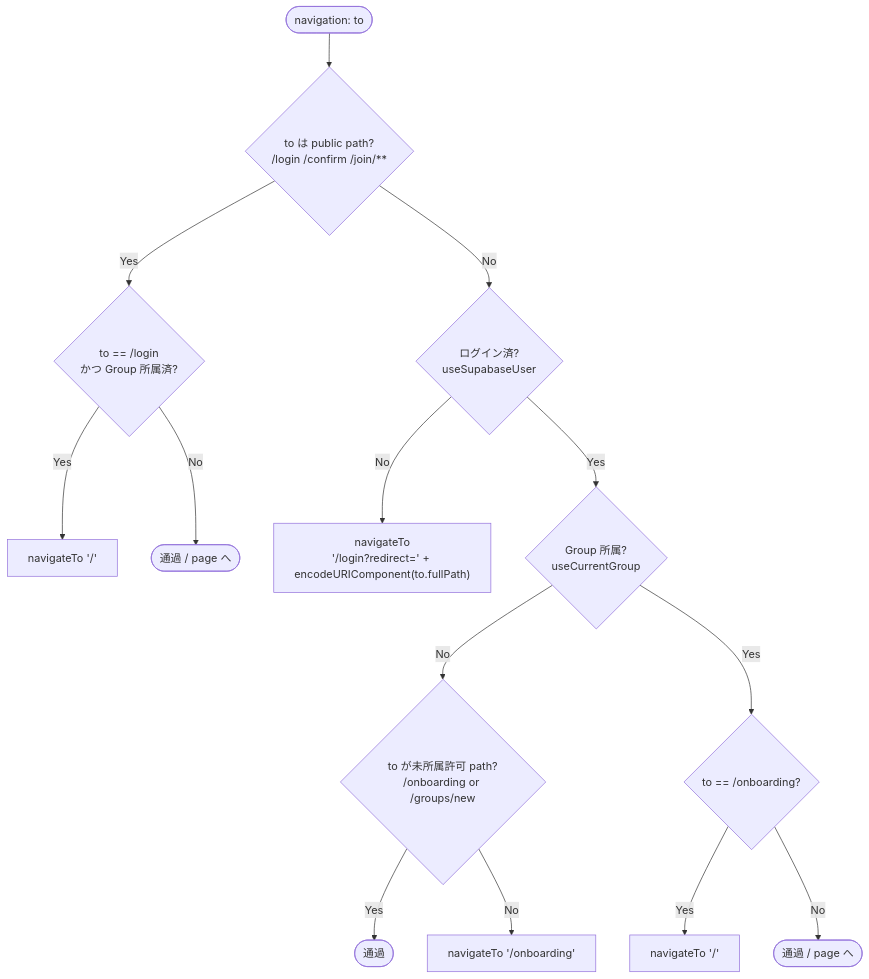
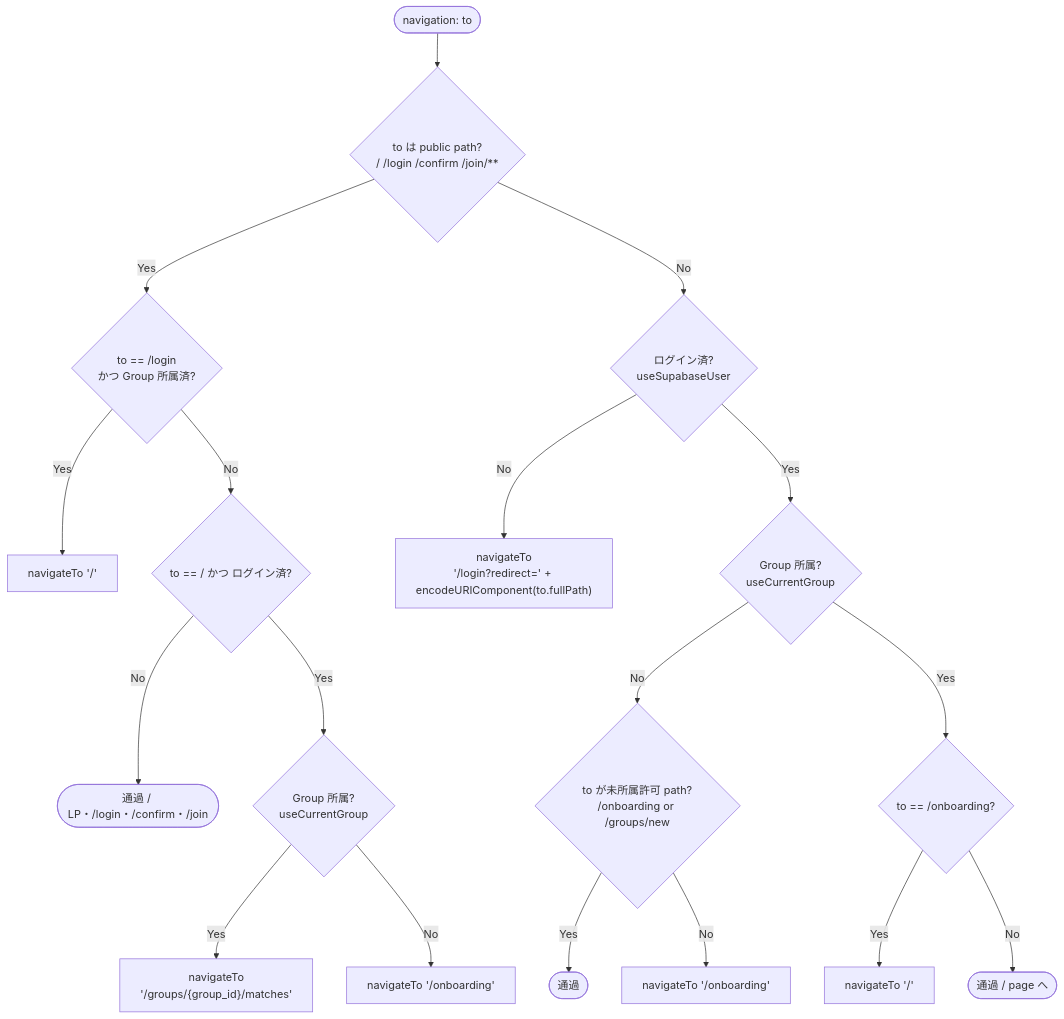
One commit to kotatsuwarming-blip/badkichi changed the first of 5 diagrams in docs/design/auth-onboarding/dataflow.md. Above: the diagram before and after it, drawn with Mermaid. The commit also changed other lines of this file and 9 other files, not shown here.

````diff
--- a/docs/design/auth-onboarding/dataflow.md
+++ b/docs/design/auth-onboarding/dataflow.md
@@ -18,16 +19,20 @@
 ```mermaid
 flowchart TD
-    Start([navigation: to]) --> Pub{to は public path?<br/>/login /confirm /join/**}
+    Start([navigation: to]) --> Pub{to は public path?<br/>/ /login /confirm /join/**}
     Pub -->|Yes| PubLogin{to == /login<br/>かつ Group 所属済?}
     PubLogin -->|Yes| GoHome[navigateTo '/']
-    PubLogin -->|No| Pass1([通過 / page へ])
+    PubLogin -->|No| PubRoot{to == / かつ ログイン済?}
+    PubRoot -->|No| Pass1([通過 / LP・/login・/confirm・/join])
+    PubRoot -->|Yes| RootGrp{Group 所属?<br/>useCurrentGroup}
+    RootGrp -->|Yes| GoMatches["navigateTo<br/>'/groups/{group_id}/matches'"]
+    RootGrp -->|No| GoOnb0[navigateTo '/onboarding']
     Pub -->|No| Auth{ログイン済?<br/>useSupabaseUser}
     Auth -->|No| GoLogin["navigateTo<br/>'/login?redirect=' + encodeURIComponent(to.fullPath)"]
     Auth -->|Yes| Grp{Group 所属?<br/>useCurrentGroup}
     Grp -->|No| OnbCheck{to が未所属許可 path?<br/>/onboarding or /groups/new}
     OnbCheck -->|Yes| Pass2([通過])
     OnbCheck -->|No| GoOnb[navigateTo '/onboarding']
     Grp -->|Yes| OnbRedir{to == /onboarding?}
     OnbRedir -->|Yes| GoHome2[navigateTo '/']
     OnbRedir -->|No| Pass3([通過 / page へ])
 ```
````
